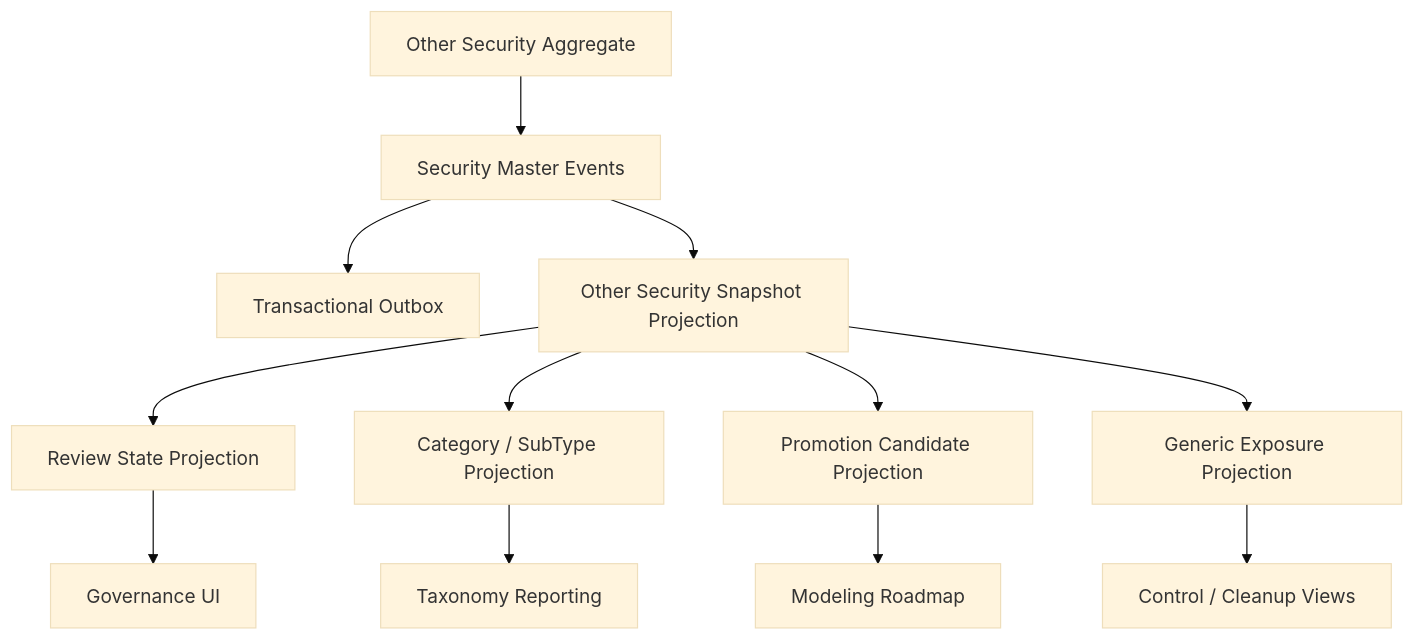
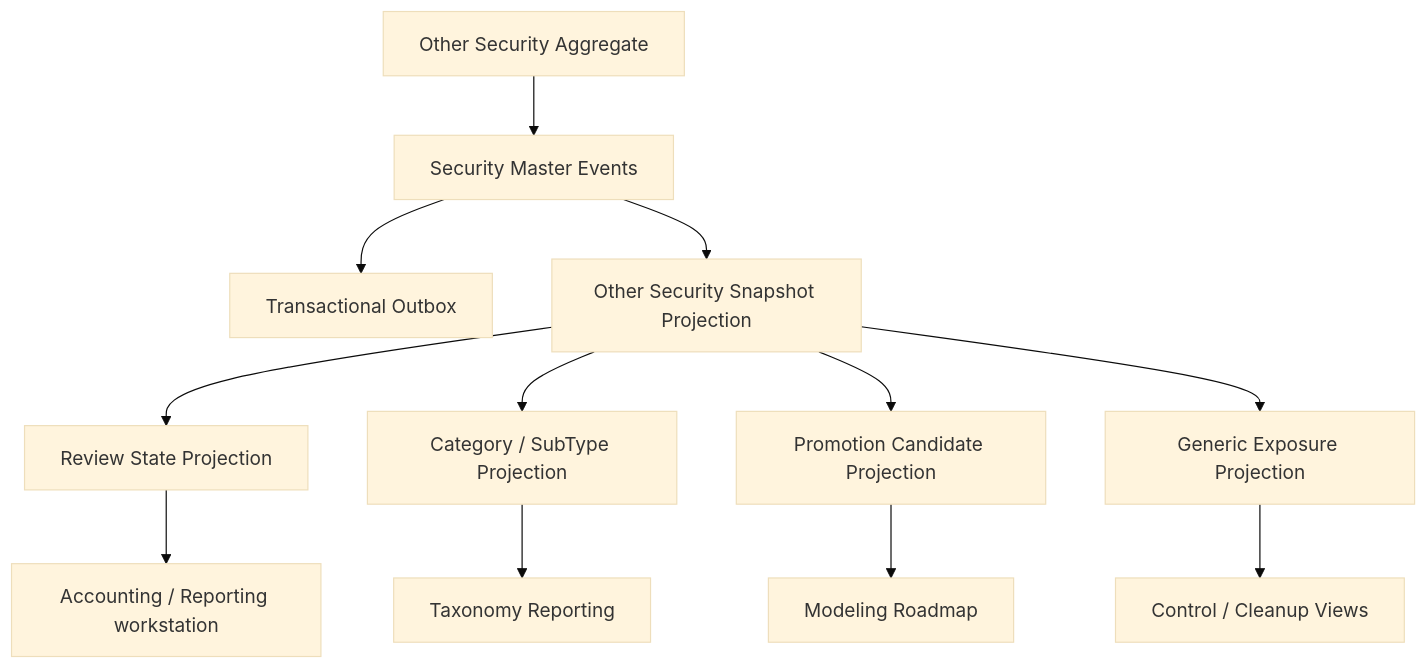
The diagram in docs/plans/ufl-other-security-target-state-v2.md (rodoHasArrived/Meridian-main), drawn with Mermaid (base theme) before and after one commit. The commit also changed other lines of this file and 51 other files, not shown here.

````diff
--- a/docs/plans/ufl-other-security-target-state-v2.md
+++ b/docs/plans/ufl-other-security-target-state-v2.md
@@ -59,16 +59,16 @@
 ```mermaid
 flowchart TD
     Other["Other Security Aggregate"] --> OtherEvents["Security Master Events"]
     OtherEvents --> Outbox["Transactional Outbox"]
     OtherEvents --> Snapshot["Other Security Snapshot Projection"]
 
     Snapshot --> Review["Review State Projection"]
     Snapshot --> Taxonomy["Category / SubType Projection"]
     Snapshot --> Promotion["Promotion Candidate Projection"]
     Snapshot --> Exposure["Generic Exposure Projection"]
 
-    Review --> Governance["Governance UI"]
+    Review --> Governance["Accounting / Reporting workstation"]
     Taxonomy --> Reporting["Taxonomy Reporting"]
     Promotion --> Roadmap["Modeling Roadmap"]
     Exposure --> Controls["Control / Cleanup Views"]
 ```
````
